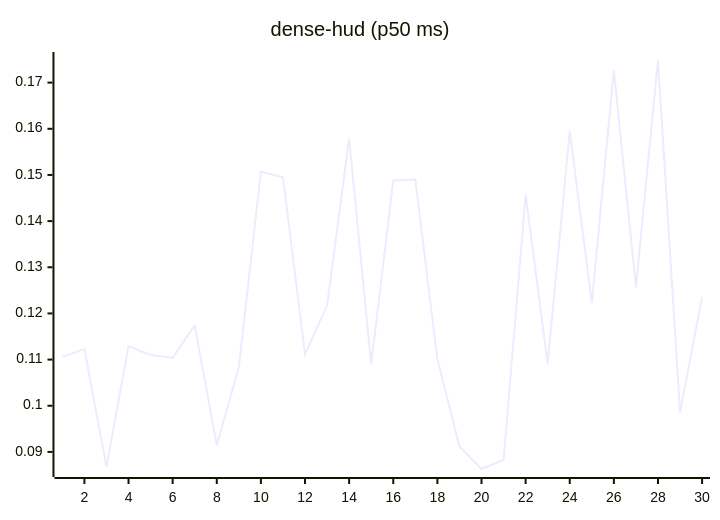
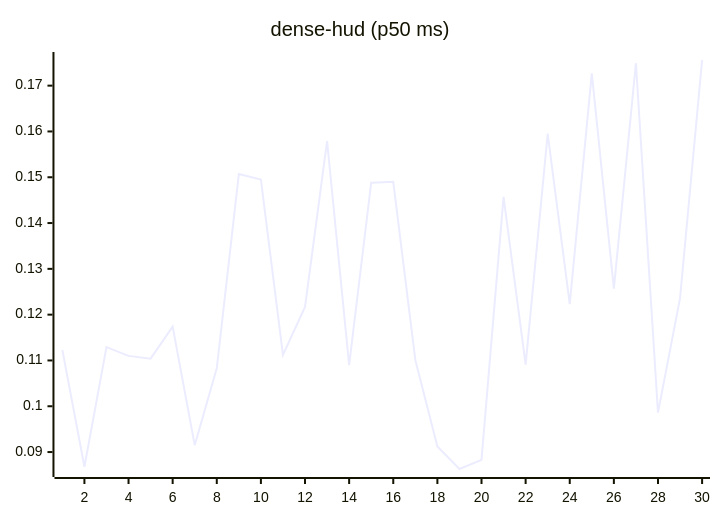
Before and after one commit to josha/Facet: the eighth of 27 diagrams in README.md, drawn with Mermaid. The commit also changed other lines of this file and 2 other files, not shown here.

````diff
--- a/README.md
+++ b/README.md
@@ -112,6 +112,6 @@
 ```mermaid
 xychart-beta
     title "dense-hud (p50 ms)"
     x-axis 1 --> 30
-    line [0.1106, 0.1123, 0.0868, 0.1129, 0.1110, 0.1104, 0.1174, 0.0915, 0.1083, 0.1507, 0.1495, 0.1112, 0.1217, 0.1579, 0.1090, 0.1488, 0.1490, 0.1101, 0.0912, 0.0863, 0.0883, 0.1457, 0.1091, 0.1595, 0.1223, 0.1727, 0.1257, 0.1749, 0.0986, 0.1236]
+    line [0.1123, 0.0868, 0.1129, 0.1110, 0.1104, 0.1174, 0.0915, 0.1083, 0.1507, 0.1495, 0.1112, 0.1217, 0.1579, 0.1090, 0.1488, 0.1490, 0.1101, 0.0912, 0.0863, 0.0883, 0.1457, 0.1091, 0.1595, 0.1223, 0.1727, 0.1257, 0.1749, 0.0986, 0.1236, 0.1756]
 ```
````
